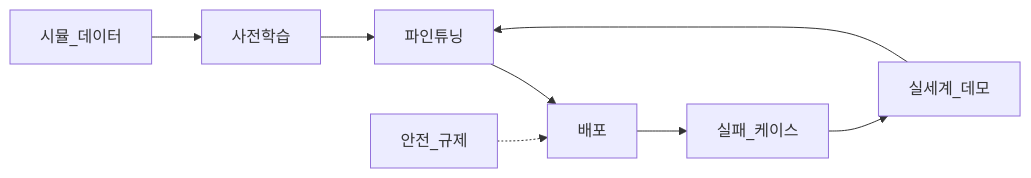
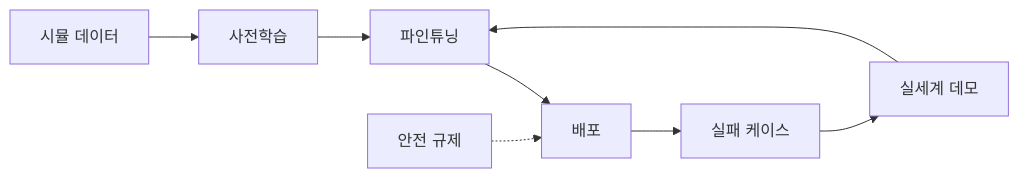
The second of 3 diagrams in 03-markets/sectors/physical-ai.md (goldanghenry/Finances), drawn with Mermaid before and after one commit. The commit also changed other lines of this file and 211 other files, not shown here.

````diff
--- a/03-markets/sectors/physical-ai.md
+++ b/03-markets/sectors/physical-ai.md
@@ -135,10 +144,10 @@
 ```mermaid
 flowchart LR
-  Sim[시뮬_데이터] --> Pretrain[사전학습]
-  Real[실세계_데모] --> Finetune[파인튜닝]
+  Sim["시뮬 데이터"] --> Pretrain[사전학습]
+  Real["실세계 데모"] --> Finetune[파인튜닝]
   Pretrain --> Finetune
   Finetune --> Deploy[배포]
-  Deploy --> Fail[실패_케이스]
+  Deploy --> Fail["실패 케이스"]
   Fail --> Real
-  Safety[안전_규제] -.-> Deploy
+  Safety["안전 규제"] -.-> Deploy
 ```
````
